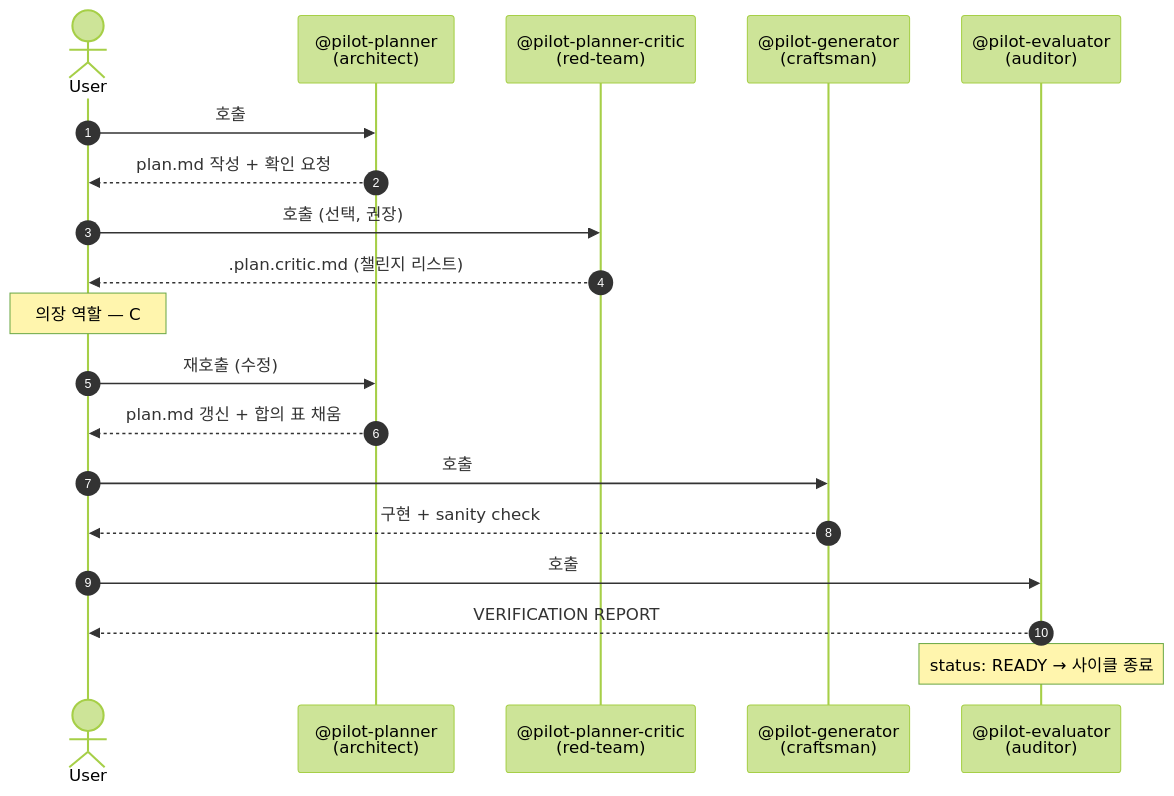
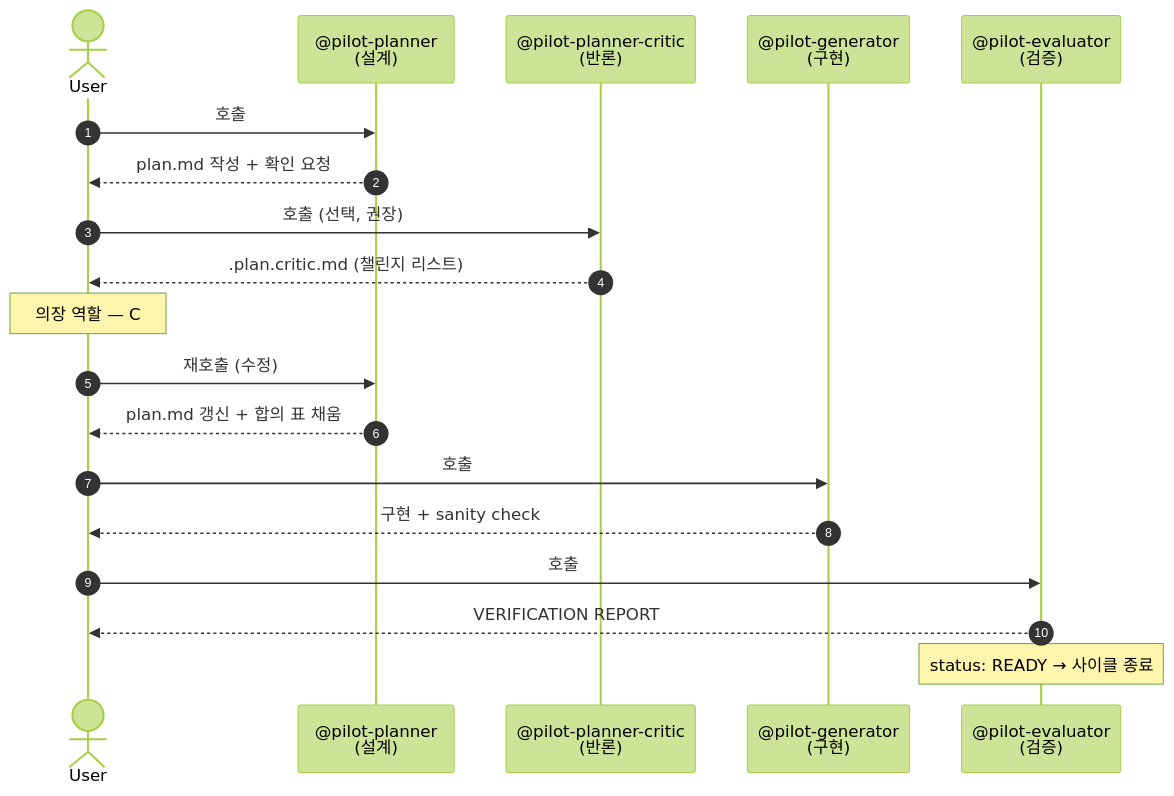
The diagram in pilot/docs/explanation/agent-flow.md (radiostart/claude-plugins), drawn with Mermaid (forest theme) before and after one commit. The commit also changed other lines of this file and 7 other files, not shown here.

````diff
--- a/pilot/docs/explanation/agent-flow.md
+++ b/pilot/docs/explanation/agent-flow.md
@@ -7,22 +7,22 @@
 ```mermaid
 sequenceDiagram
     autonumber
     actor User
-    participant Planner as @pilot-planner<br/>(architect)
-    participant Critic as @pilot-planner-critic<br/>(red-team)
-    participant Generator as @pilot-generator<br/>(craftsman)
-    participant Evaluator as @pilot-evaluator<br/>(auditor)
+    participant Planner as @pilot-planner<br/>(설계)
+    participant Critic as @pilot-planner-critic<br/>(반론)
+    participant Generator as @pilot-generator<br/>(구현)
+    participant Evaluator as @pilot-evaluator<br/>(검증)
 
     User->>Planner: 호출
     Planner-->>User: plan.md 작성 + 확인 요청
     User->>Critic: 호출 (선택, 권장)
     Critic-->>User: .plan.critic.md (챌린지 리스트)
     Note over User: 의장 역할 — C# 채택 결정
     User->>Planner: 재호출 (수정)
     Planner-->>User: plan.md 갱신 + 합의 표 채움
     User->>Generator: 호출
     Generator-->>User: 구현 + sanity check
     User->>Evaluator: 호출
     Evaluator-->>User: VERIFICATION REPORT
     Note over Evaluator: status: READY → 사이클 종료
 ```
````
